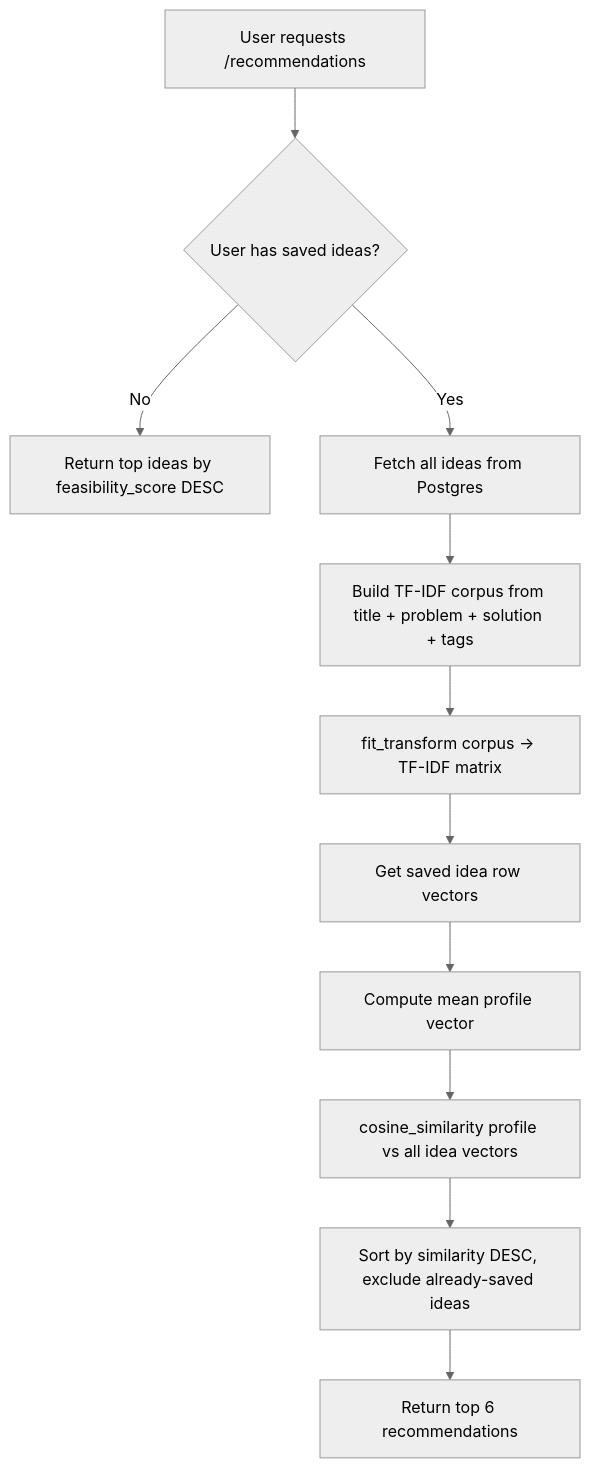
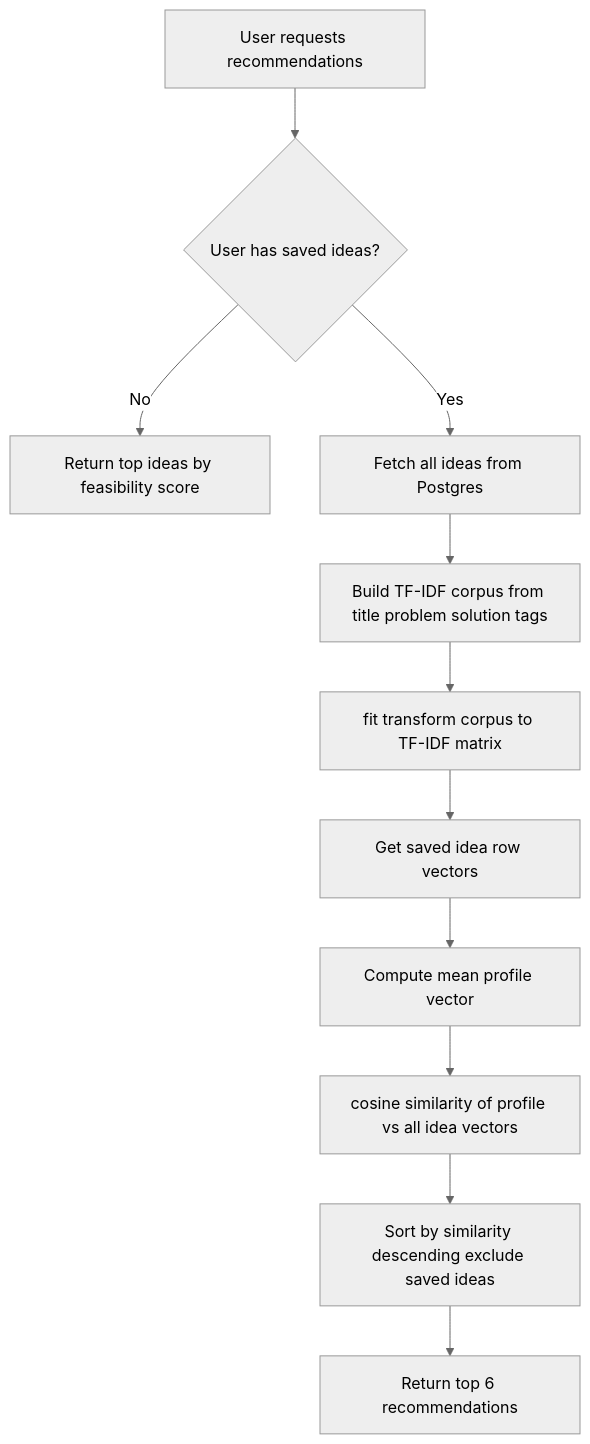
One commit to ramakrishnabalijepally-del/IdeaForge changed the eighth of 10 diagrams in docs/Architecture.md. Above: the diagram before and after it, drawn with Mermaid (neutral theme). The commit also changed other lines of this file, not shown here.

First line of the commit message:
Fix all Mermaid diagrams in Architecture.md for GitHub compatibility

````diff
--- a/docs/Architecture.md
+++ b/docs/Architecture.md
@@ -283,13 +283,13 @@
 ```mermaid
 flowchart TD
-    A[User requests /recommendations] --> B{User has saved ideas?}
-    B -- No --> C[Return top ideas by feasibility_score DESC]
+    A[User requests recommendations] --> B{User has saved ideas?}
+    B -- No --> C[Return top ideas by feasibility score]
     B -- Yes --> D[Fetch all ideas from Postgres]
-    D --> E[Build TF-IDF corpus from title + problem + solution + tags]
-    E --> F[fit_transform corpus → TF-IDF matrix]
+    D --> E[Build TF-IDF corpus from title problem solution tags]
+    E --> F[fit transform corpus to TF-IDF matrix]
     F --> G[Get saved idea row vectors]
     G --> H[Compute mean profile vector]
-    H --> I[cosine_similarity profile vs all idea vectors]
-    I --> J[Sort by similarity DESC, exclude already-saved ideas]
+    H --> I[cosine similarity of profile vs all idea vectors]
+    I --> J[Sort by similarity descending exclude saved ideas]
     J --> K[Return top 6 recommendations]
 ```
````
